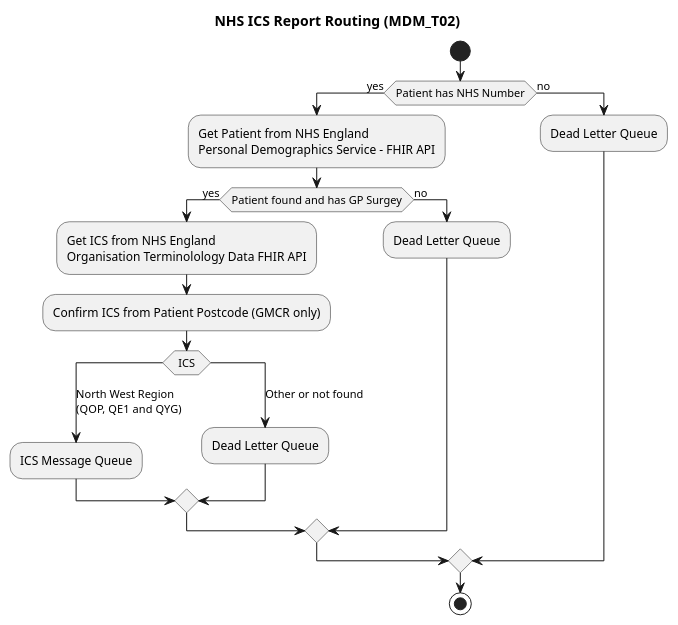
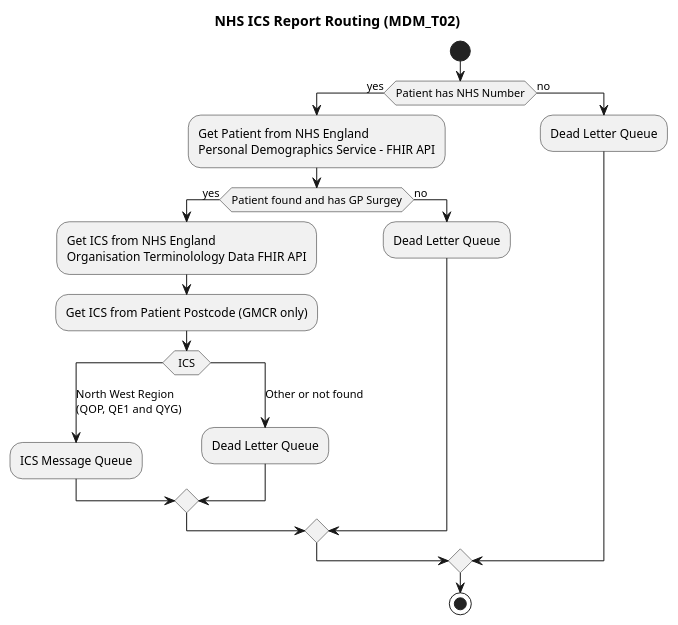
One commit to uk-gov-mirror/nw-gmsa.nw-gmsa.github.com changed the diagram in input/images-source/routing-mdm-t02.plantuml. Above: the diagram before and after it, drawn with PlantUML.

Commit message:
More HL7 examples

```diff
--- a/input/images-source/routing-mdm-t02.plantuml
+++ b/input/images-source/routing-mdm-t02.plantuml
@@ -1,28 +1,28 @@
 @startuml
 title "NHS ICS Report Routing (MDM_T02)"
 
 start
 
 if (Patient has NHS Number) then (yes)
   :Get Patient from NHS England \nPersonal Demographics Service - FHIR API;
   if (Patient found and has GP Surgey) then (yes)
     :Get ICS from NHS England \nOrganisation Terminolology Data FHIR API;
-    :Confirm ICS from Patient Postcode (GMCR only);
+    :Get ICS from Patient Postcode (GMCR only);
     switch (ICS)
       case (North West Region\n(QOP, QE1 and QYG))
         :ICS Message Queue;
       case (Other or not found)
         :Dead Letter Queue;
     endswitch
   else (no)
     :Dead Letter Queue;
   endif
 
 else (no)
   :Dead Letter Queue;
 endif
 
 
 stop
 
 @enduml
```
